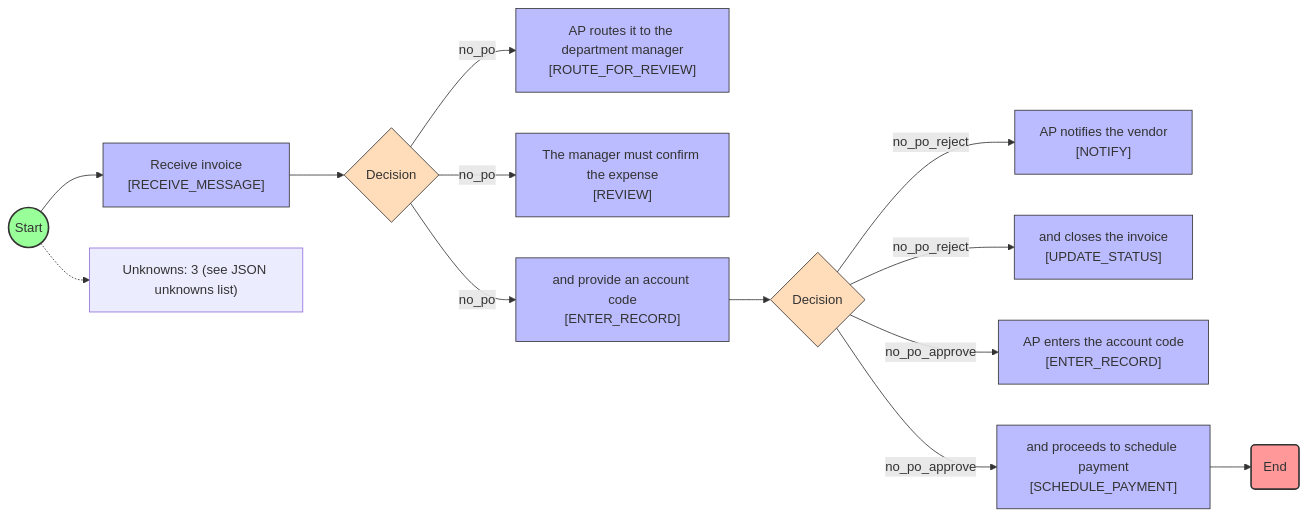
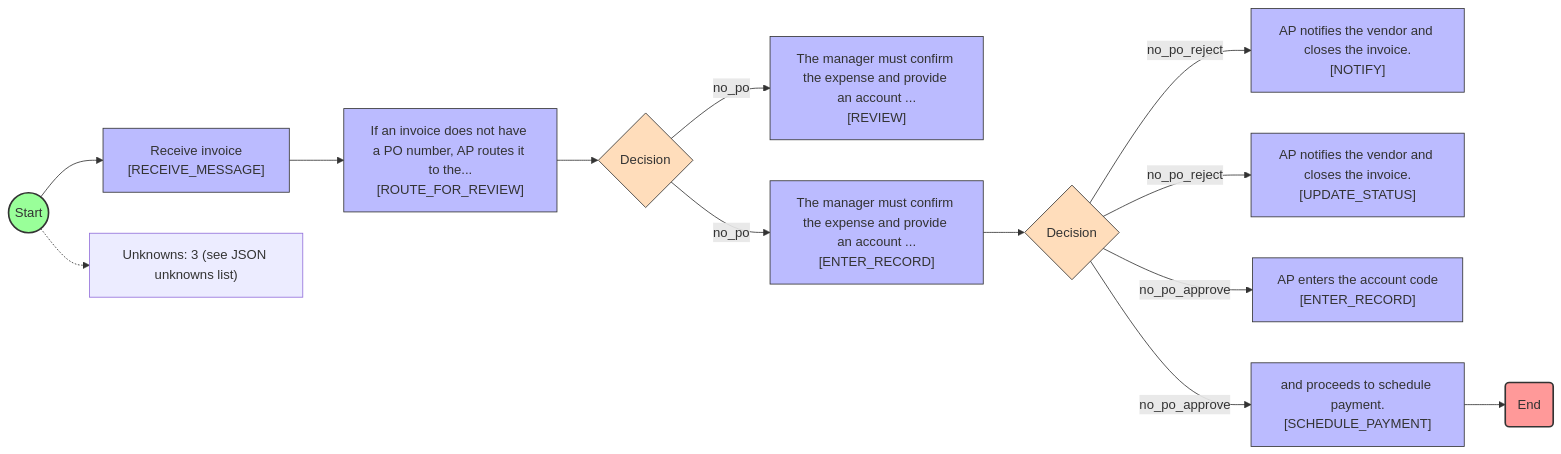
Before and after one commit to Trevmichi/process-extraction-kernel: the diagram in outputs/ap_doc_002_auto.mmd, drawn with Mermaid. The commit also changed 48 other files, not shown here.

```diff
--- a/outputs/ap_doc_002_auto.mmd
+++ b/outputs/ap_doc_002_auto.mmd
@@ -1,38 +1,38 @@
 flowchart LR
   n1((Start))
-  n2{"Decision\n<HAS_PO>"}
-  n3["AP routes it to the department manager\n[ROUTE_FOR_REVIEW]"]
-  n4["The manager must confirm the expense\n[REVIEW]"]
-  n5["and provide an account code\n[ENTER_RECORD]"]
+  n2["If an invoice does not have a PO number, AP routes it to the...\n[ROUTE_FOR_REVIEW]"]
+  n3{"Decision\n<HAS_PO>"}
+  n4["The manager must confirm the expense and provide an account ...\n[REVIEW]"]
+  n5["The manager must confirm the expense and provide an account ...\n[ENTER_RECORD]"]
   n6{"Decision\n<APPROVE_OR_REJECT>"}
-  n7["AP notifies the vendor\n[NOTIFY]"]
-  n8["and closes the invoice\n[UPDATE_STATUS]"]
+  n7["AP notifies the vendor and closes the invoice.\n[NOTIFY]"]
+  n8["AP notifies the vendor and closes the invoice.\n[UPDATE_STATUS]"]
   n9["AP enters the account code\n[ENTER_RECORD]"]
-  n10["and proceeds to schedule payment\n[SCHEDULE_PAYMENT]"]
+  n10["and proceeds to schedule payment.\n[SCHEDULE_PAYMENT]"]
   n11(End)
   n12["Receive invoice\n[RECEIVE_MESSAGE]"]
   n12 --> n2
-  n2 -->|no_po| n3
-  n2 -->|no_po| n4
-  n2 -->|no_po| n5
+  n2 --> n3
+  n3 -->|no_po| n4
+  n3 -->|no_po| n5
   n5 --> n6
   n6 -->|no_po_reject| n7
   n6 -->|no_po_reject| n8
   n6 -->|no_po_approve| n9
   n6 -->|no_po_approve| n10
   n10 --> n11
   n1 --> n12
   U_NOTE["Unknowns: 3 (see JSON unknowns list)"]
   n1 -.-> U_NOTE
   style n1 fill:#9f9,stroke:#333,stroke-width:2px
-  style n2 fill:#fdb,stroke:#333,stroke-width:1px
-  style n3 fill:#bbf,stroke:#333,stroke-width:1px
+  style n2 fill:#bbf,stroke:#333,stroke-width:1px
+  style n3 fill:#fdb,stroke:#333,stroke-width:1px
   style n4 fill:#bbf,stroke:#333,stroke-width:1px
   style n5 fill:#bbf,stroke:#333,stroke-width:1px
   style n6 fill:#fdb,stroke:#333,stroke-width:1px
   style n7 fill:#bbf,stroke:#333,stroke-width:1px
   style n8 fill:#bbf,stroke:#333,stroke-width:1px
   style n9 fill:#bbf,stroke:#333,stroke-width:1px
   style n10 fill:#bbf,stroke:#333,stroke-width:1px
   style n11 fill:#f99,stroke:#333,stroke-width:2px
   style n12 fill:#bbf,stroke:#333,stroke-width:1px
```
